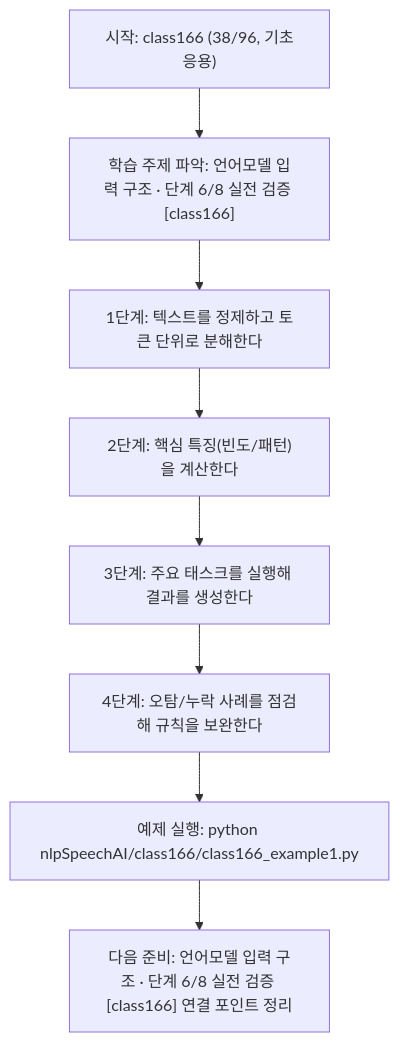
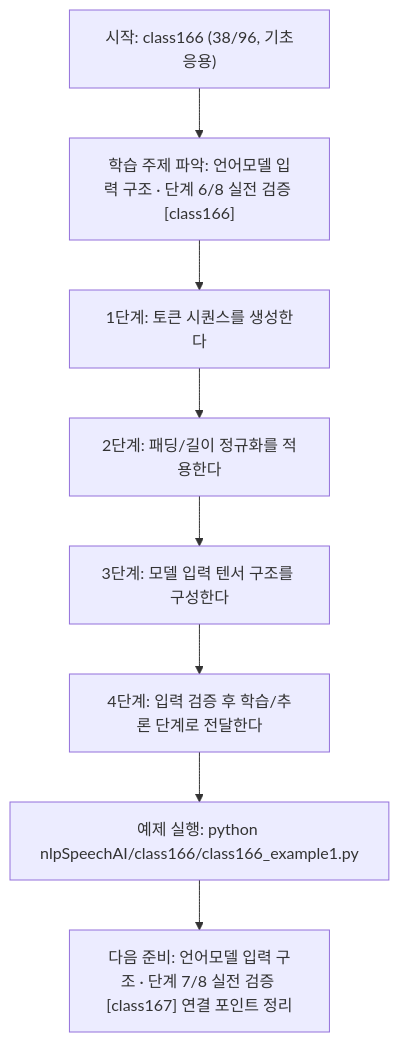
One commit to edumgt/Python-AI_Agent-Class changed the diagram in nlpSpeechAI/class166/class166.md. Above: the diagram before and after it, drawn with Mermaid. The commit also changed other lines of this file and 1122 other files, not shown here.

````diff
--- a/nlpSpeechAI/class166/class166.md
+++ b/nlpSpeechAI/class166/class166.md
@@ -114,18 +95,18 @@
 ```mermaid
 flowchart TD
 N1["시작: class166 (38/96, 기초응용)"]
 N2["학습 주제 파악: 언어모델 입력 구조 · 단계 6/8 실전 검증 [class166]"]
-N3["1단계: 텍스트를 정제하고 토큰 단위로 분해한다"]
-N4["2단계: 핵심 특징(빈도/패턴)을 계산한다"]
-N5["3단계: 주요 태스크를 실행해 결과를 생성한다"]
-N6["4단계: 오탐/누락 사례를 점검해 규칙을 보완한다"]
+N3["1단계: 토큰 시퀀스를 생성한다"]
+N4["2단계: 패딩/길이 정규화를 적용한다"]
+N5["3단계: 모델 입력 텐서 구조를 구성한다"]
+N6["4단계: 입력 검증 후 학습/추론 단계로 전달한다"]
 N7["예제 실행: python nlpSpeechAI/class166/class166_example1.py"]
-N8["다음 준비: 언어모델 입력 구조 · 단계 6/8 실전 검증 [class166] 연결 포인트 정리"]
+N8["다음 준비: 언어모델 입력 구조 · 단계 7/8 실전 검증 [class167] 연결 포인트 정리"]
 N1 --> N2
 N2 --> N3
 N3 --> N4
 N4 --> N5
 N5 --> N6
 N6 --> N7
 N7 --> N8
 ```
````
